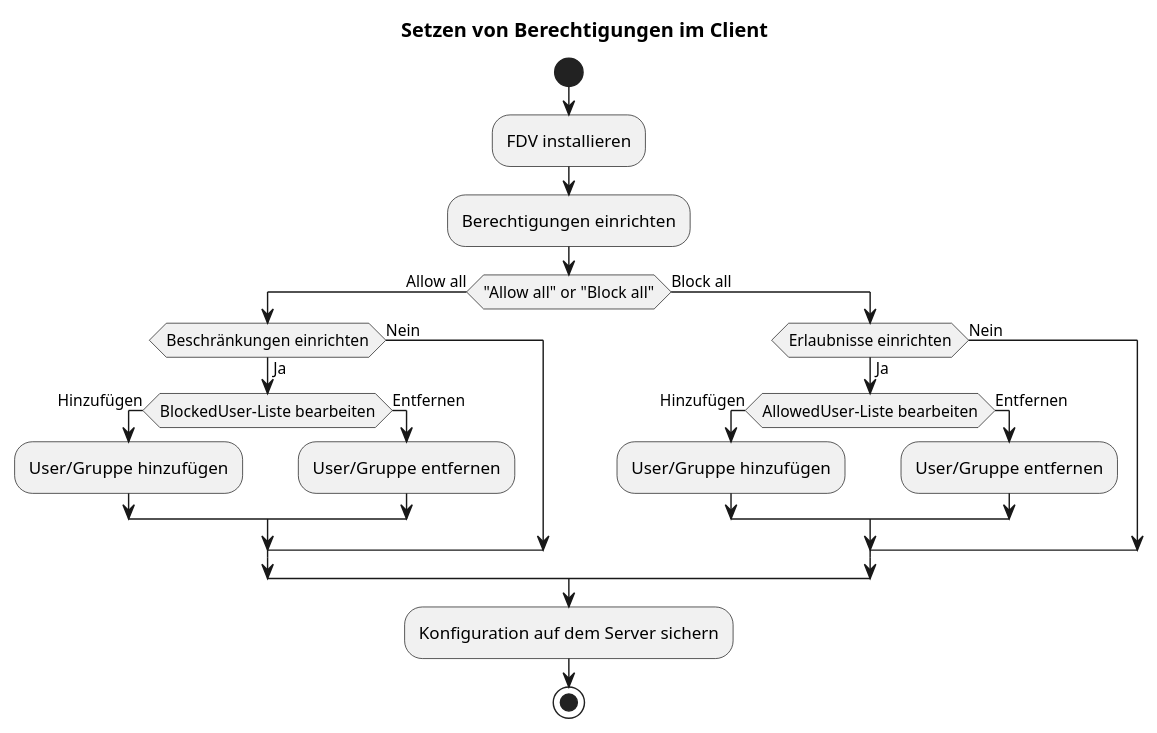
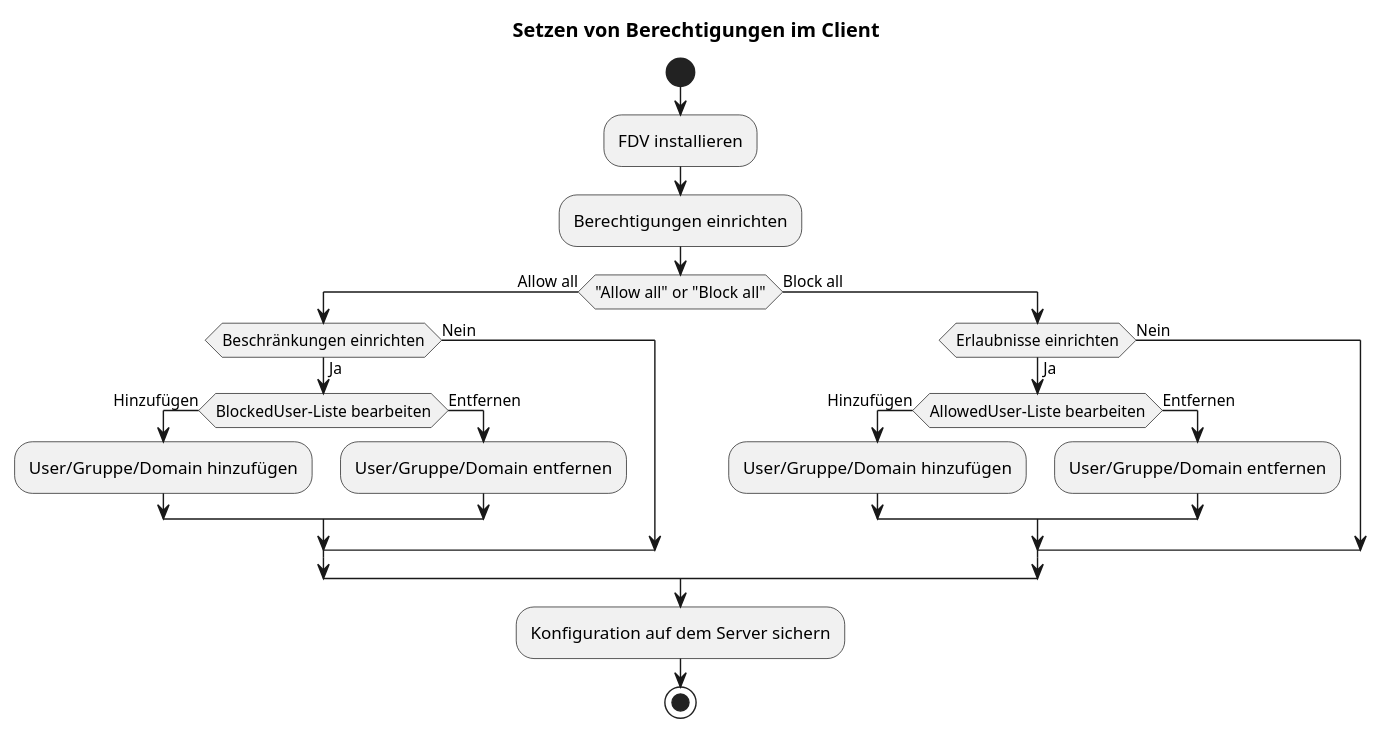
One commit to gematik/api-ti-messenger changed the diagram in src/plantuml/TI-Messenger-Client/Berechtigungen_setzen.puml. Above: the diagram before and after it, drawn with PlantUML.

Commit message:
added domain for permission management

```diff
--- a/src/plantuml/TI-Messenger-Client/Berechtigungen_setzen.puml
+++ b/src/plantuml/TI-Messenger-Client/Berechtigungen_setzen.puml
@@ -1,30 +1,30 @@
 @startuml
 title Setzen von Berechtigungen im Client
 skinparam ConditionEndStyle hline
 start
 :FDV installieren;
 :Berechtigungen einrichten;
 
 if ("Allow all" or "Block all") then (Allow all)
   if(Beschränkungen einrichten) then (Ja)
     if(BlockedUser-Liste bearbeiten) then (Hinzufügen)
-    :User/Gruppe hinzufügen;
+    :User/Gruppe/Domain hinzufügen;
     else (Entfernen)
-    :User/Gruppe entfernen;
+    :User/Gruppe/Domain entfernen;
     endif
   else(Nein)
   endif
 else (Block all)
   if(Erlaubnisse einrichten) then (Ja)
     if(AllowedUser-Liste bearbeiten) then (Hinzufügen)
-    :User/Gruppe hinzufügen;
+    :User/Gruppe/Domain hinzufügen;
     else (Entfernen)
-    :User/Gruppe entfernen;
+    :User/Gruppe/Domain entfernen;
     endif
   else(Nein)
   endif
 endif
 :Konfiguration auf dem Server sichern;
 stop
 
 @enduml
```
